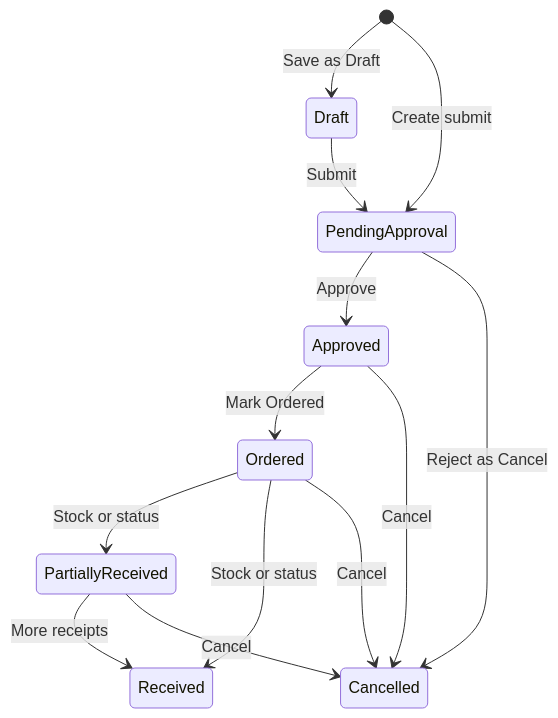
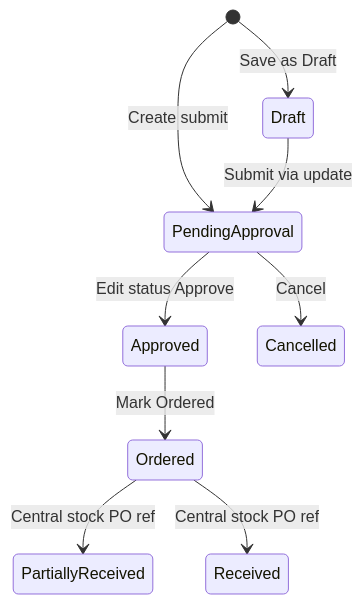
The second of 10 diagrams in v0_final_docs/purchase-order-management.md (Aurifex-Innovations/ERP_docs), drawn with Mermaid before and after one commit. The commit also changed other lines of this file, not shown here.

````diff
--- a/v0_final_docs/purchase-order-management.md
+++ b/v0_final_docs/purchase-order-management.md
@@ -133,15 +173,11 @@
 ```mermaid
 stateDiagram-v2
   [*] --> Draft: Save as Draft
   [*] --> PendingApproval: Create submit
-  Draft --> PendingApproval: Submit
-  PendingApproval --> Approved: Approve
-  PendingApproval --> Cancelled: Reject as Cancel
+  Draft --> PendingApproval: Submit via update
+  PendingApproval --> Approved: Edit status Approve
+  PendingApproval --> Cancelled: Cancel
   Approved --> Ordered: Mark Ordered
-  Approved --> Cancelled: Cancel
-  Ordered --> PartiallyReceived: Stock or status
-  Ordered --> Received: Stock or status
-  Ordered --> Cancelled: Cancel
-  PartiallyReceived --> Received: More receipts
-  PartiallyReceived --> Cancelled: Cancel
+  Ordered --> PartiallyReceived: Central stock PO ref
+  Ordered --> Received: Central stock PO ref
 ```
````
